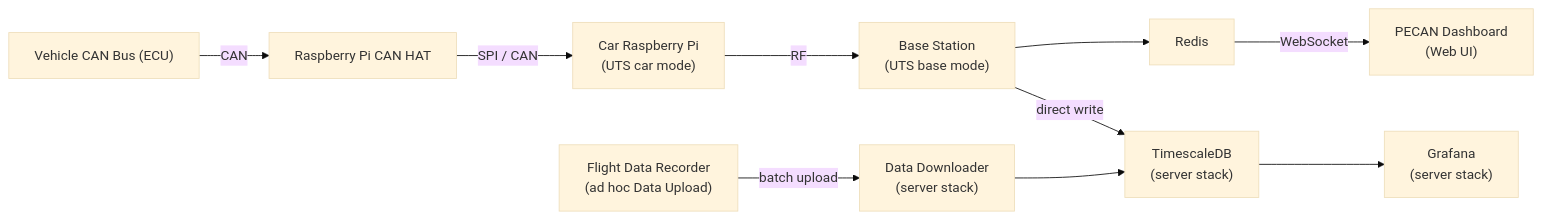
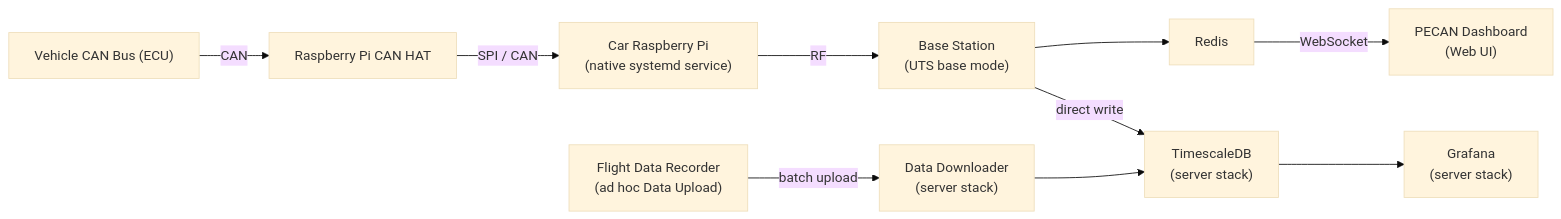
One commit to Western-Formula-Racing/data-acquisition changed the diagram in README.md. Above: the diagram before and after it, drawn with Mermaid (base theme). The commit also changed other lines of this file and 2 other files, not shown here.

Commit message:
Updated docs to reflect the car-side move to systemd

````diff
--- a/README.md
+++ b/README.md
@@ -22,30 +22,30 @@
 ```mermaid
 flowchart LR
     ECU["Vehicle CAN Bus (ECU)"]
     HAT["Raspberry Pi CAN HAT"]
     EDGE["Car Raspberry Pi
-    (UTS car mode)"]
+    (native systemd service)"]
     BASE["Base Station
     (UTS base mode)"]
     REDIS["Redis"]
     DASH["PECAN Dashboard
     (Web UI)"]
     TIMESERIES["TimescaleDB
     (server stack)"]
     GRAFANA["Grafana
     (server stack)"]
     FLIGHTREC["Flight Data Recorder
     (ad hoc Data Upload)"]
     DOWNLOADER["Data Downloader
     (server stack)"]
 
     ECU -->|CAN| HAT
     HAT -->|SPI / CAN| EDGE
     EDGE -->|RF| BASE
     BASE --> REDIS
     REDIS -->|WebSocket| DASH
     BASE -->|direct write| TIMESERIES
     TIMESERIES --> GRAFANA
     FLIGHTREC -->|batch upload| DOWNLOADER
     DOWNLOADER --> TIMESERIES
 ```
````
